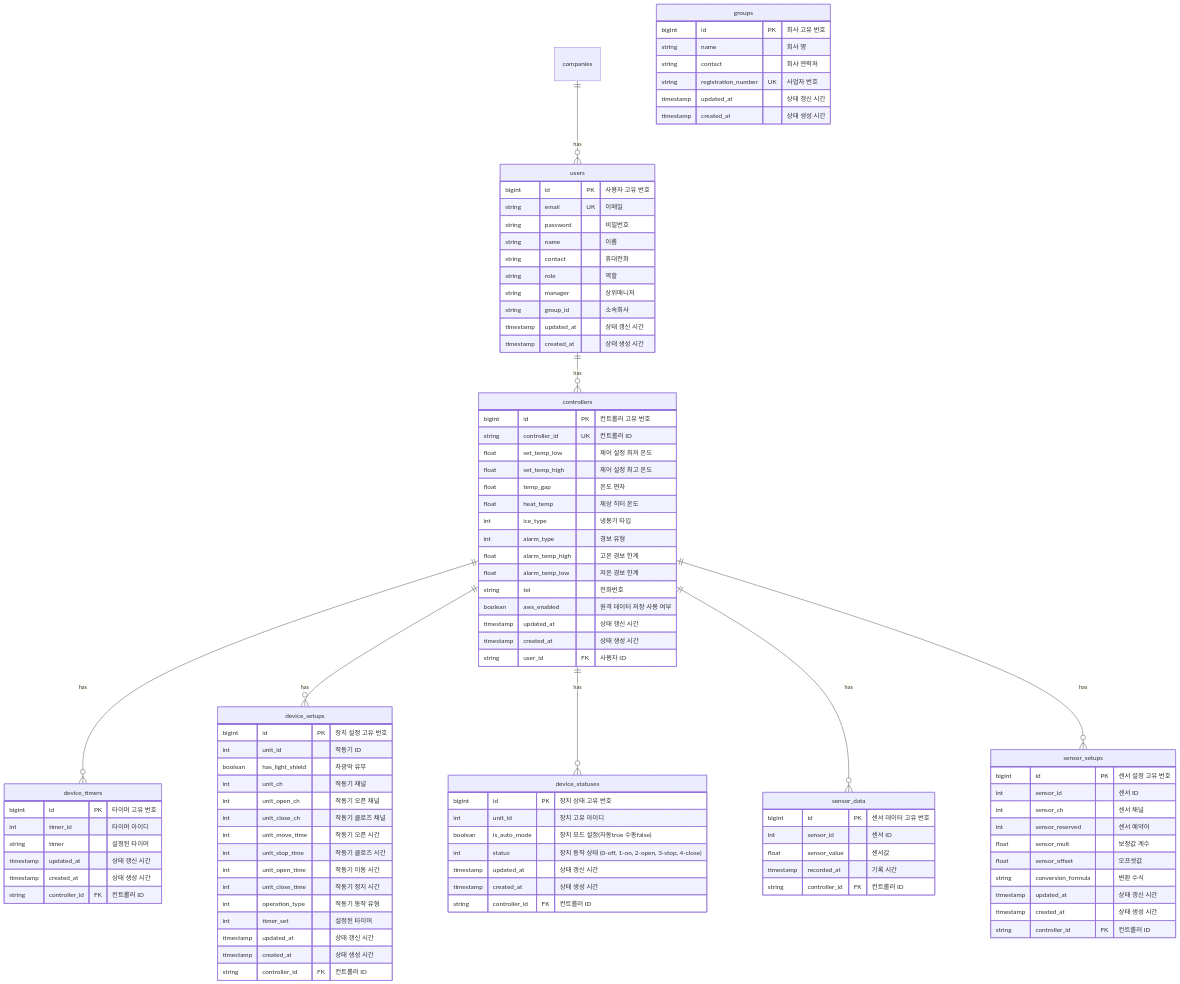
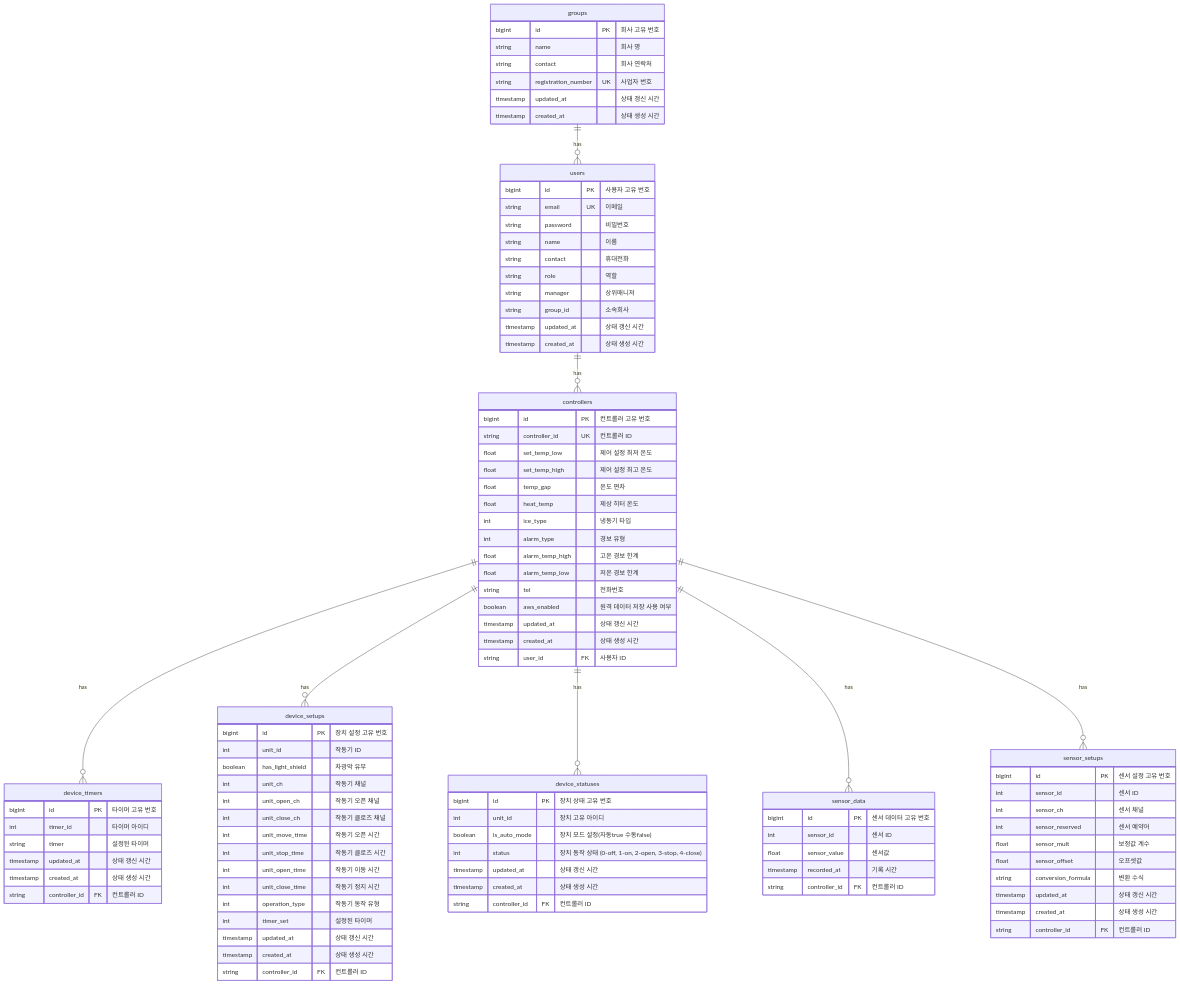
Before and after one commit to na03266/smart_farm_back: the diagram in src/main/docs/database_design.md, drawn with Mermaid. The commit also changed 10 other files, not shown here.

````diff
--- a/src/main/docs/database_design.md
+++ b/src/main/docs/database_design.md
@@ -3,6 +3,6 @@
 ```mermaid
 erDiagram
-    companies ||--o{ users: "has"
+    groups ||--o{ users: "has"
     users ||--o{ controllers: "has"
     controllers ||--o{ device_timers: "has"
     controllers ||--o{ device_setups: "has"
````
